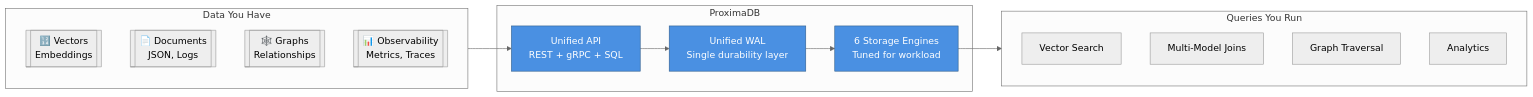
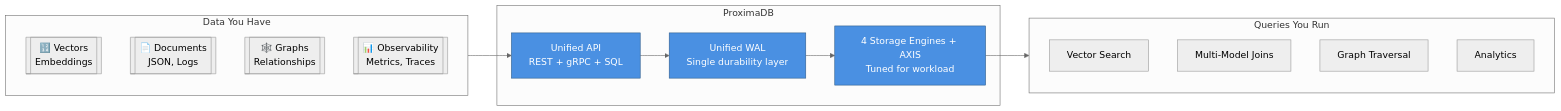
One commit to vjsingh1984/proximaDB changed the first of 2 diagrams in docs/README.md. Above: the diagram before and after it, drawn with Mermaid. The commit also changed other lines of this file and 1380 other files, not shown here.

````diff
--- a/docs/README.md
+++ b/docs/README.md
@@ -10,30 +10,30 @@
 ```mermaid
 %%{init: {"theme": "neutral"}}%%
 flowchart LR
   subgraph Input["Data You Have"]
     V[["🔢 Vectors<br/>Embeddings"]]
     D[["📄 Documents<br/>JSON, Logs"]]
     G[["🕸️ Graphs<br/>Relationships"]]
     O[["📊 Observability<br/>Metrics, Traces"]]
   end
 
   subgraph ProximaDB["ProximaDB"]
     API["Unified API<br/>REST + gRPC + SQL"]
     WAL["Unified WAL<br/>Single durability layer"]
-    ENGS["6 Storage Engines<br/>Tuned for workload"]
+    ENGS["4 Storage Engines + AXIS<br/>Tuned for workload"]
   end
 
   subgraph Output["Queries You Run"]
     VS["Vector Search"]
     MM["Multi-Model Joins"]
     GQ["Graph Traversal"]
     AQ["Analytics"]
   end
 
   Input --> API --> WAL --> ENGS
   ENGS --> Output
 
   style API fill:#4a90e2,stroke:#2e5c8a,color:#fff
   style WAL fill:#4a90e2,stroke:#2e5c8a,color:#fff
   style ENGS fill:#4a90e2,stroke:#2e5c8a,color:#fff
 ```
````
